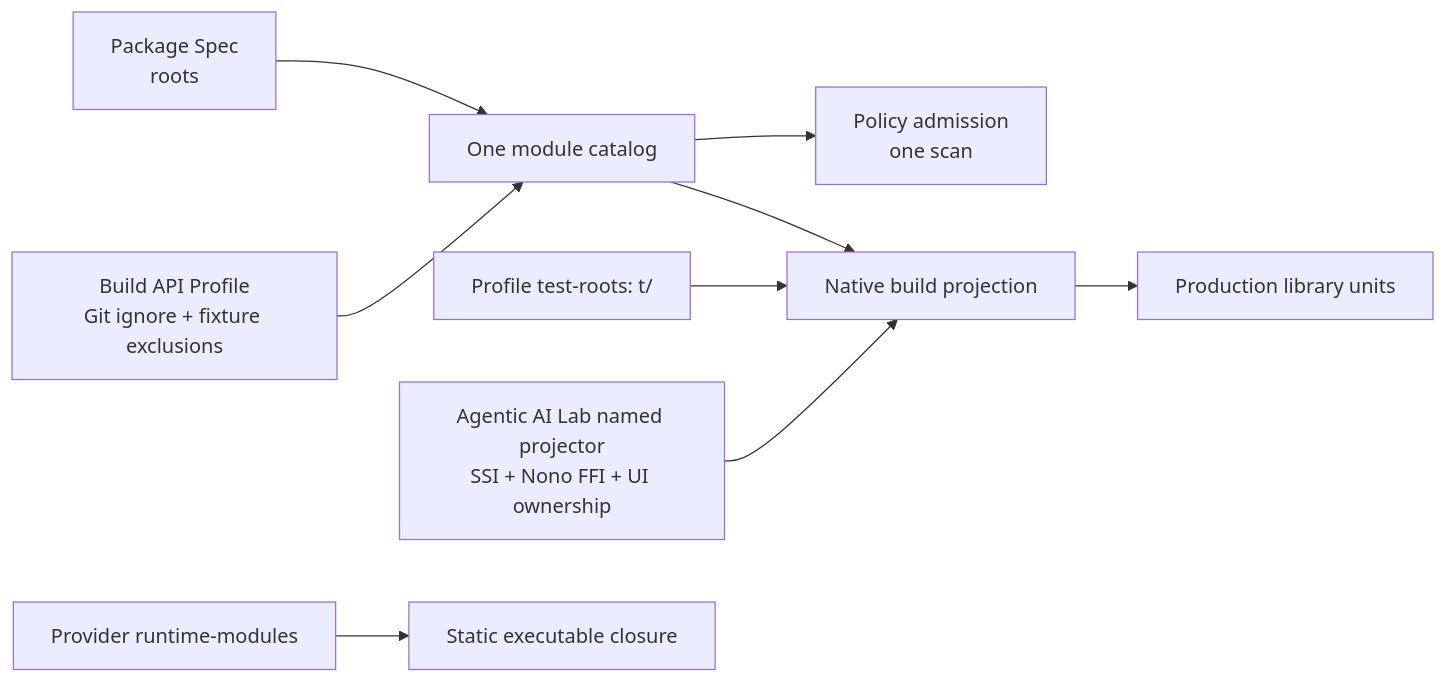
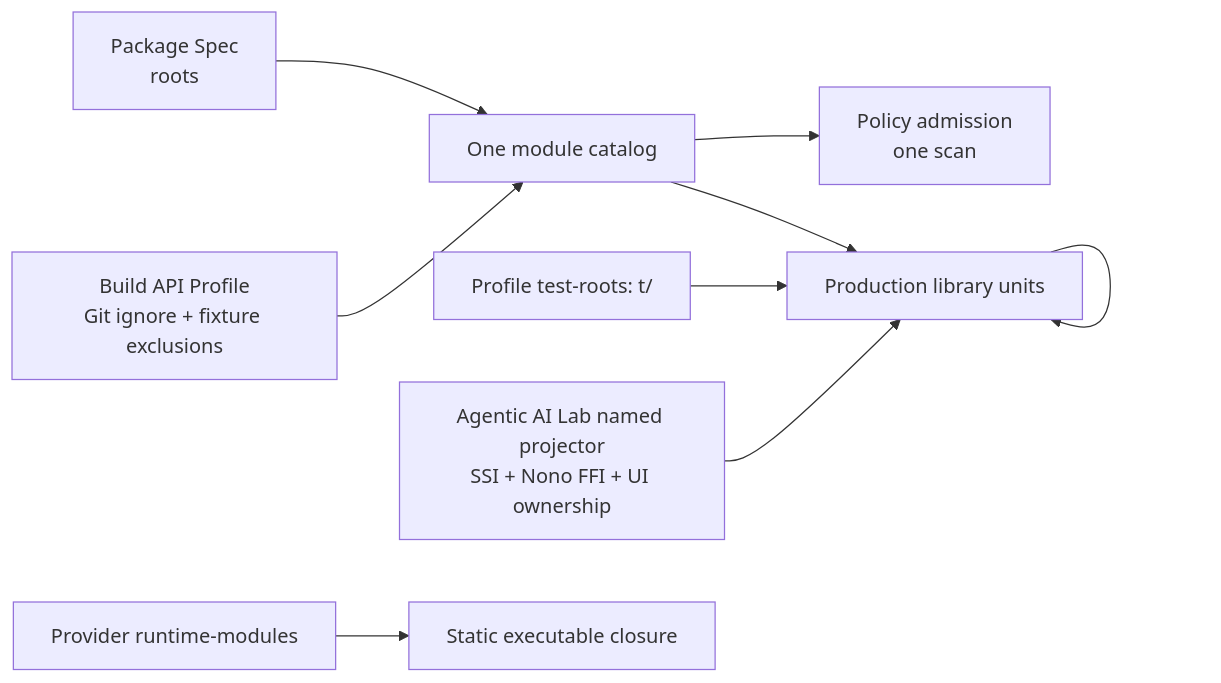
One commit to tao3k/gebril-yuanxu changed the third of 3 diagrams in module-system/design/147-adaptive-scheme-build-guard/17-build-api-cutover-closure.org. Above: the diagram before and after it, drawn with Mermaid. The commit also changed other lines of this file and 1469 other files, not shown here.

First line of the commit message:
refactor: consolidate module runtime and build interfaces

```diff
--- a/module-system/design/147-adaptive-scheme-build-guard/17-build-api-cutover-closure.org
+++ b/module-system/design/147-adaptive-scheme-build-guard/17-build-api-cutover-closure.org
@@ -103,11 +103,11 @@
 #+begin_src mermaid
 flowchart LR
   ROOT["Package Spec\nroots"] --> CATALOG["One module catalog"]
   PROFILE["Build API Profile\nGit ignore + fixture exclusions"] --> CATALOG
   CATALOG --> POLICY["Policy admission\none scan"]
-  TESTS["Profile test-roots: t/"] --> NATIVE["Native build projection"]
-  CATALOG --> NATIVE
-  PROJECTOR["Agentic AI Lab named projector\nSSI + Nono FFI + UI ownership"] --> NATIVE
-  NATIVE --> RUNTIME["Production library units"]
+  TESTS["Profile test-roots: t/"] --> RUNTIME["Runtime build projection"]
+  CATALOG --> RUNTIME
+  PROJECTOR["Agentic AI Lab named projector\nSSI + Nono FFI + UI ownership"] --> RUNTIME
+  RUNTIME --> RUNTIME["Production library units"]
   PROVIDER["Provider runtime-modules"] --> CLOSURE["Static executable closure"]
 #+end_src
```
